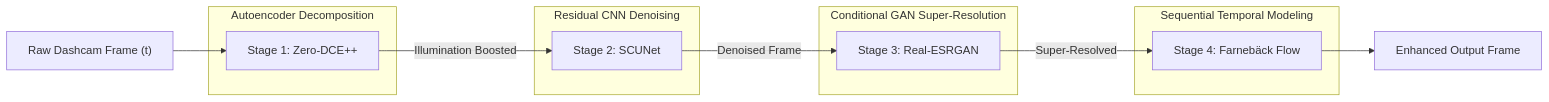
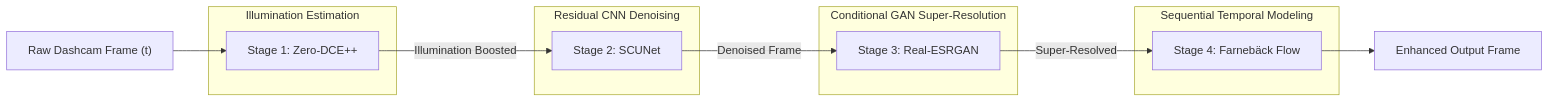
The diagram in README.md (Ray000i/DashClarity-AI), drawn with Mermaid before and after one commit. The commit also changed other lines of this file and 1 other file, not shown here.

````diff
--- a/README.md
+++ b/README.md
@@ -114,21 +52,21 @@
 ```mermaid
 flowchart LR
     A["Raw Dashcam Frame (t)"] --> B["Stage 1: Zero-DCE++"]
     B -->|"Illumination Boosted"| C["Stage 2: SCUNet"]
     C -->|"Denoised Frame"| D["Stage 3: Real-ESRGAN"]
     D -->|"Super-Resolved"| E["Stage 4: Farnebäck Flow"]
     E --> F["Enhanced Output Frame"]
     
-    subgraph "Autoencoder Decomposition"
+    subgraph "Illumination Estimation"
         B
     end
     subgraph "Residual CNN Denoising"
         C
     end
     subgraph "Conditional GAN Super-Resolution"
         D
     end
     subgraph "Sequential Temporal Modeling"
         E
     end
 ```
````
